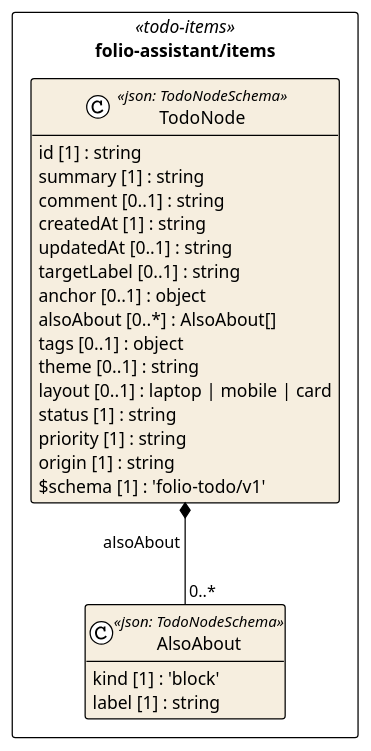
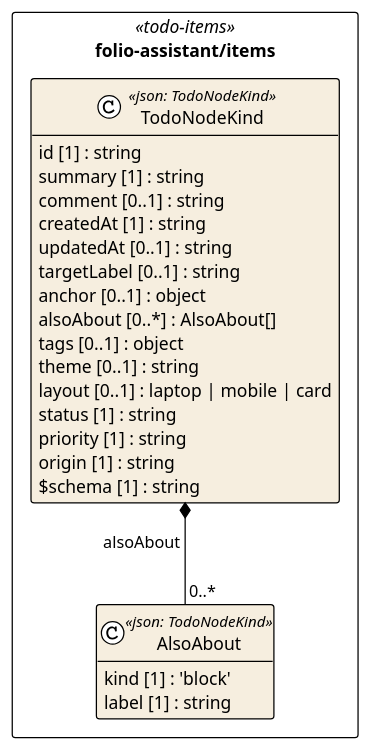
Before and after one commit to litlfred/folio-assistant: the diagram in cat-harness/uml/overview/folio-assistant/items.puml, drawn with PlantUML. The commit also changed 171 other files, not shown here.

```diff
--- a/cat-harness/uml/overview/folio-assistant/items.puml
+++ b/cat-harness/uml/overview/folio-assistant/items.puml
@@ -3,34 +3,34 @@
 @startuml folio_assistant_items
 !pragma layout elk
 !theme plain
 skinparam classAttributeIconSize 0
 skinparam shadowing false
 skinparam packageStyle rectangle
 hide empty methods
 
 package "folio-assistant/items" as pkg_folio_assistant_items <<todo-items>> {
-  class "AlsoAbout" as folio_assistant_items_AlsoAbout <<json: TodoNodeSchema>> #f6eedf {
+  class "AlsoAbout" as folio_assistant_items_AlsoAbout <<json: TodoNodeKind>> #f6eedf {
     kind [1] : 'block'
     label [1] : string
   }
-  class "TodoNode" as folio_assistant_items_TodoNode <<json: TodoNodeSchema>> #f6eedf {
+  class "TodoNodeKind" as folio_assistant_items_TodoNodeKind <<json: TodoNodeKind>> #f6eedf {
     id [1] : string
     summary [1] : string
     comment [0..1] : string
     createdAt [1] : string
     updatedAt [0..1] : string
     targetLabel [0..1] : string
     anchor [0..1] : object
     alsoAbout [0..*] : AlsoAbout[]
     tags [0..1] : object
     theme [0..1] : string
     layout [0..1] : laptop | mobile | card
     status [1] : string
     priority [1] : string
     origin [1] : string
-    $schema [1] : 'folio-todo/v1'
+    $schema [1] : string
   }
 }
 
-folio_assistant_items_TodoNode *-- "0..*" folio_assistant_items_AlsoAbout : alsoAbout
+folio_assistant_items_TodoNodeKind *-- "0..*" folio_assistant_items_AlsoAbout : alsoAbout
 @enduml
```
